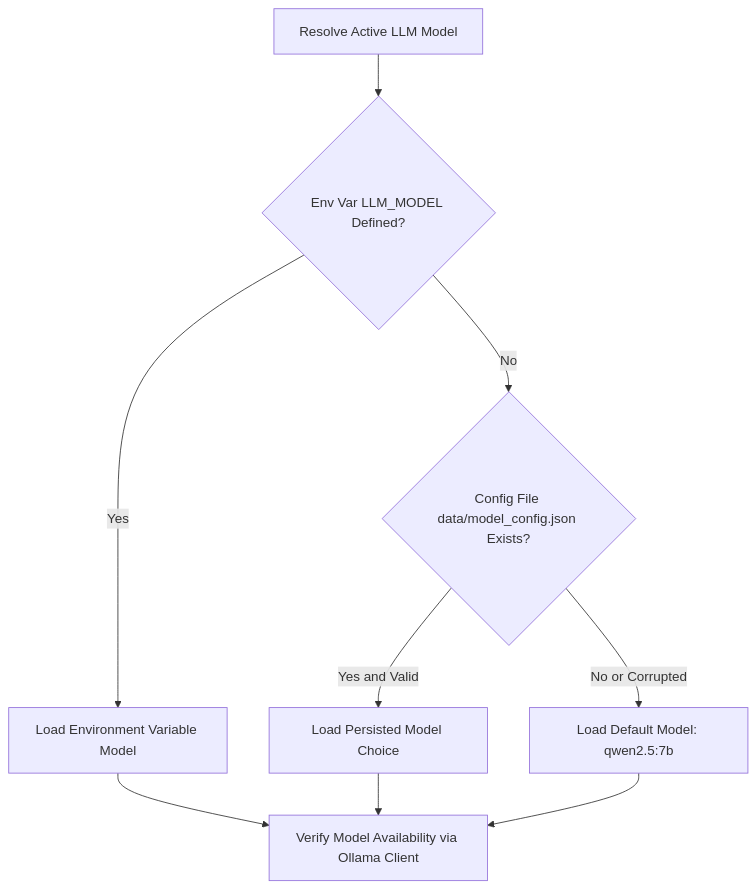
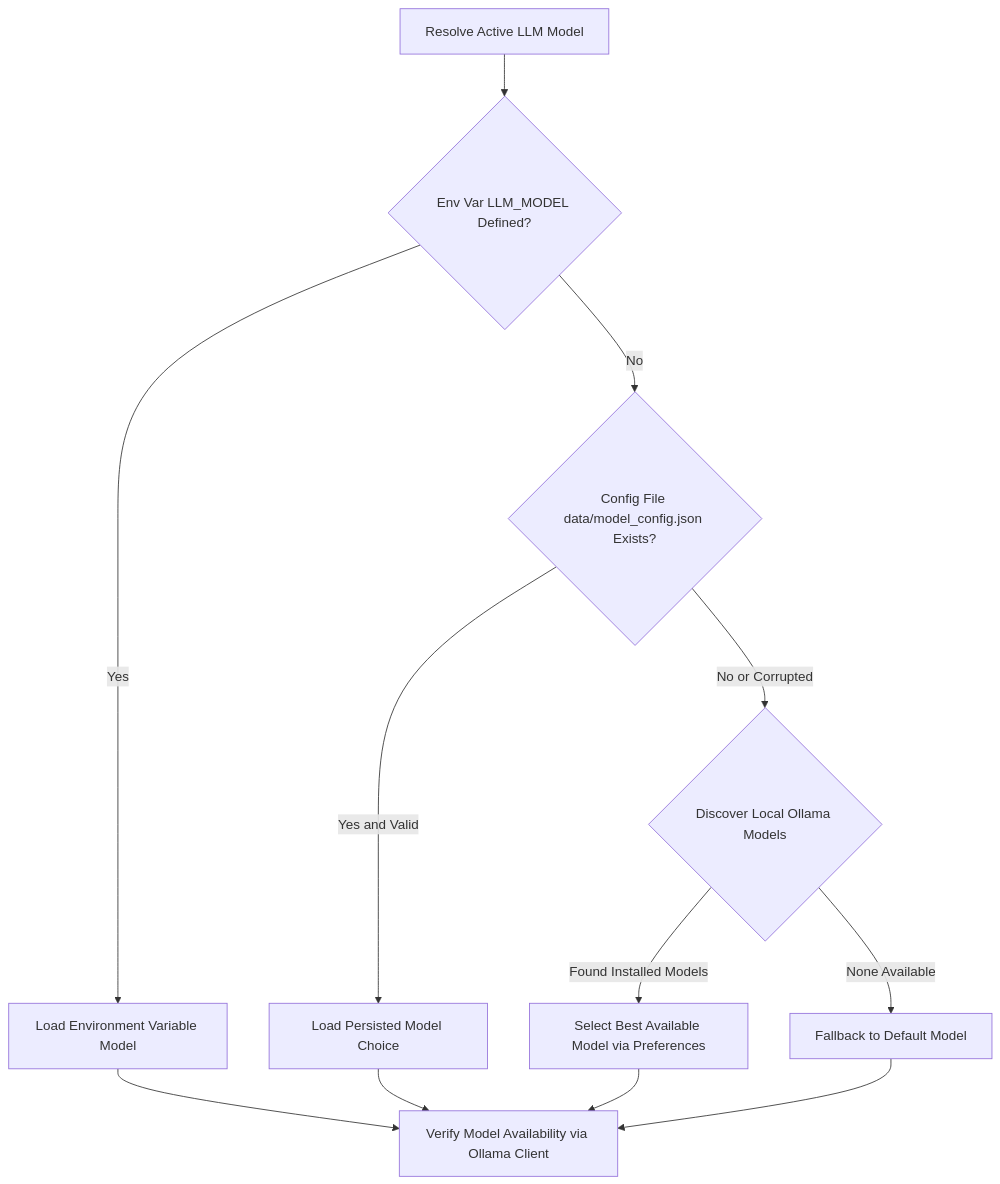
One commit to dev-Aarish/gist changed the diagram in docs/configuration.md. Above: the diagram before and after it, drawn with Mermaid. The commit also changed other lines of this file and 6 other files, not shown here.

````diff
--- a/docs/configuration.md
+++ b/docs/configuration.md
@@ -47,11 +48,15 @@
 ```mermaid
 graph TD
     Start["Resolve Active LLM Model"] --> CheckEnv{"Env Var LLM_MODEL Defined?"}
     CheckEnv -- "Yes" --> UseEnv["Load Environment Variable Model"]
     CheckEnv -- "No" --> CheckFile{"Config File data/model_config.json Exists?"}
     CheckFile -- "Yes and Valid" --> UseFile["Load Persisted Model Choice"]
-    CheckFile -- "No or Corrupted" --> UseDefault["Load Default Model: qwen2.5:7b"]
+    CheckFile -- "No or Corrupted" --> DiscoverInstalled{"Discover Local Ollama Models"}
+    DiscoverInstalled -- "Found Installed Models" --> UseFirstInstalled["Select Best Available Model via Preferences"]
+    DiscoverInstalled -- "None Available" --> UseDefault["Fallback to Default Model"]
+    
     UseEnv --> VerifyOllama["Verify Model Availability via Ollama Client"]
     UseFile --> VerifyOllama
+    UseFirstInstalled --> VerifyOllama
     UseDefault --> VerifyOllama
 ```
````
